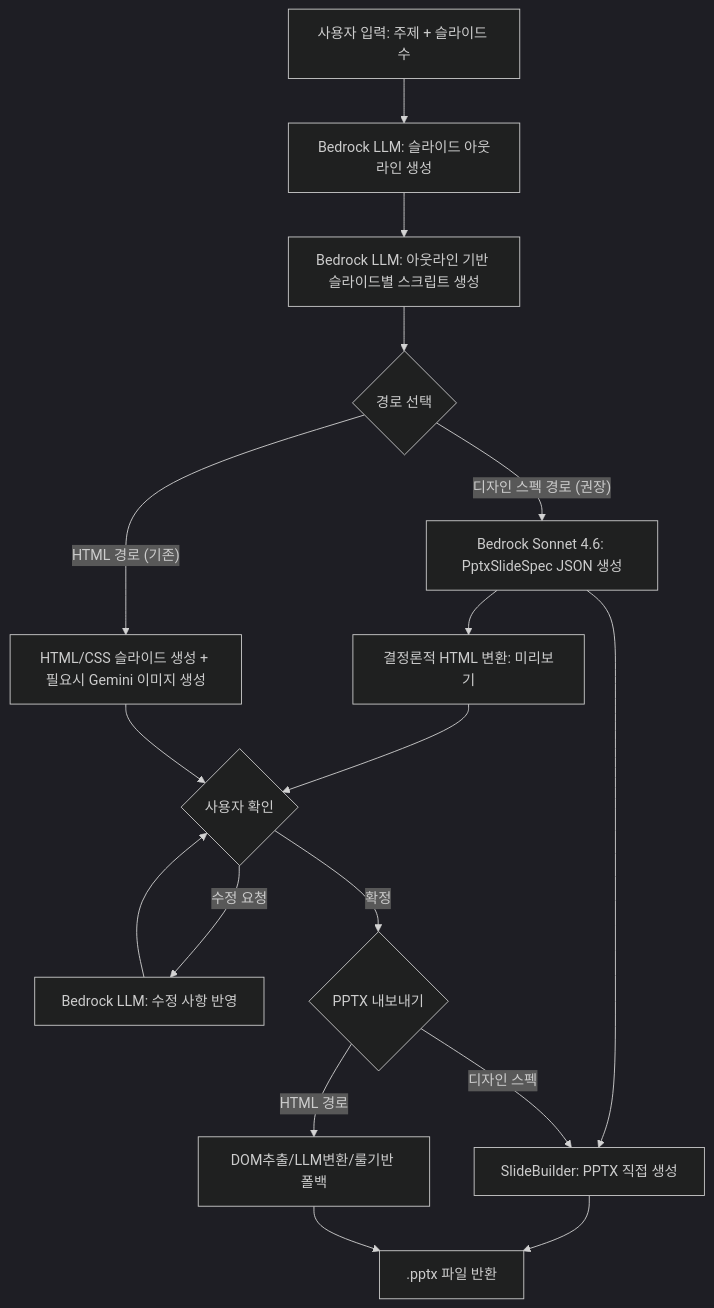
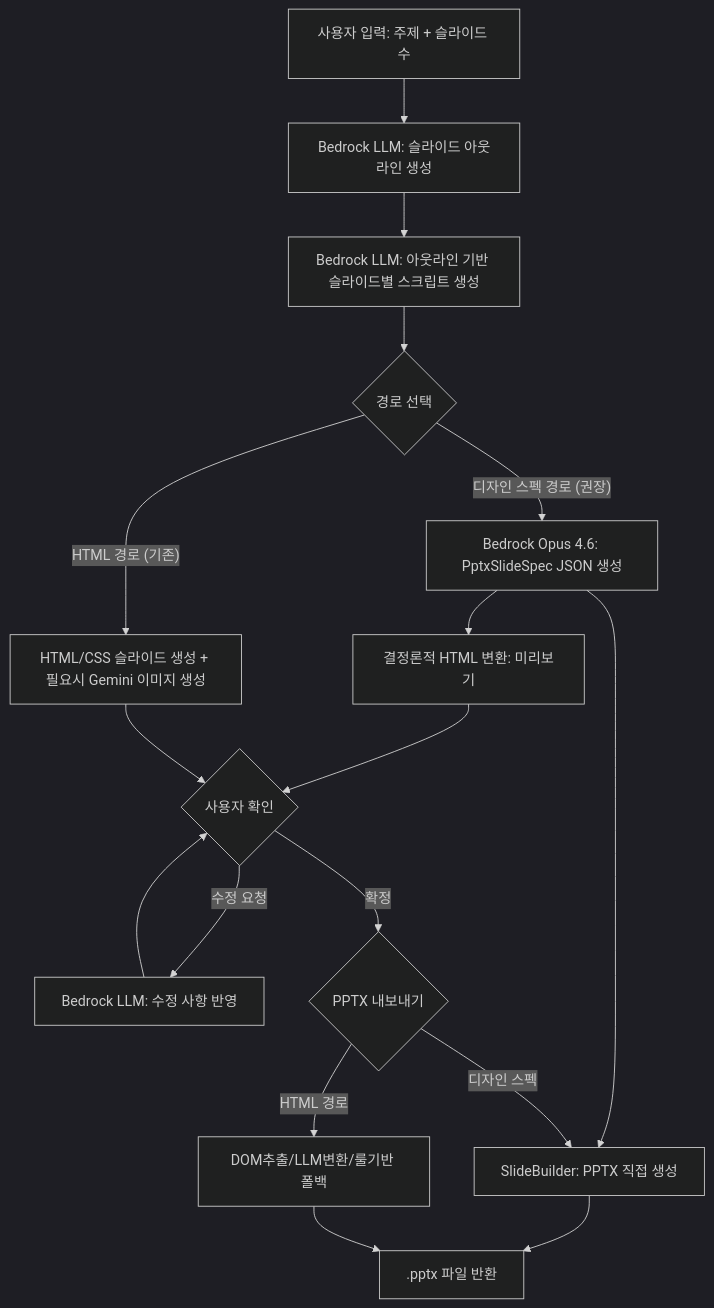
The second of 3 diagrams in docs/ppt-generator.alps.md (haandol/ppt-generator), drawn with Mermaid (dark theme) before and after one commit. The commit also changed other lines of this file and 10 other files, not shown here.

First line of the commit message:
chore(design): change design spec model to Claude Opus 4.6

````diff
--- a/docs/ppt-generator.alps.md
+++ b/docs/ppt-generator.alps.md
@@ -117,19 +118,19 @@
 ```mermaid
 flowchart TD
     A[사용자 입력: 주제 + 슬라이드 수] --> B[Bedrock LLM: 슬라이드 아웃라인 생성]
     B --> B1[Bedrock LLM: 아웃라인 기반 슬라이드별 스크립트 생성]
     B1 --> DS{경로 선택}
-    DS -- "디자인 스펙 경로 (권장)" --> DS1[Bedrock Sonnet 4.6: PptxSlideSpec JSON 생성]
+    DS -- "디자인 스펙 경로 (권장)" --> DS1[Bedrock Opus 4.6: PptxSlideSpec JSON 생성]
     DS1 --> DS2[결정론적 HTML 변환: 미리보기]
     DS2 --> F{사용자 확인}
     DS1 --> DS3[SlideBuilder: PPTX 직접 생성]
     DS -- "HTML 경로 (기존)" --> E[HTML/CSS 슬라이드 생성 + 필요시 Gemini 이미지 생성]
     E --> F
     F -- "수정 요청" --> G[Bedrock LLM: 수정 사항 반영]
     G --> F
     F -- "확정" --> H{PPTX 내보내기}
     H -- "디자인 스펙" --> DS3
     H -- "HTML 경로" --> H1[DOM추출/LLM변환/룰기반 폴백]
     DS3 --> I[.pptx 파일 반환]
     H1 --> I
 ```
````
